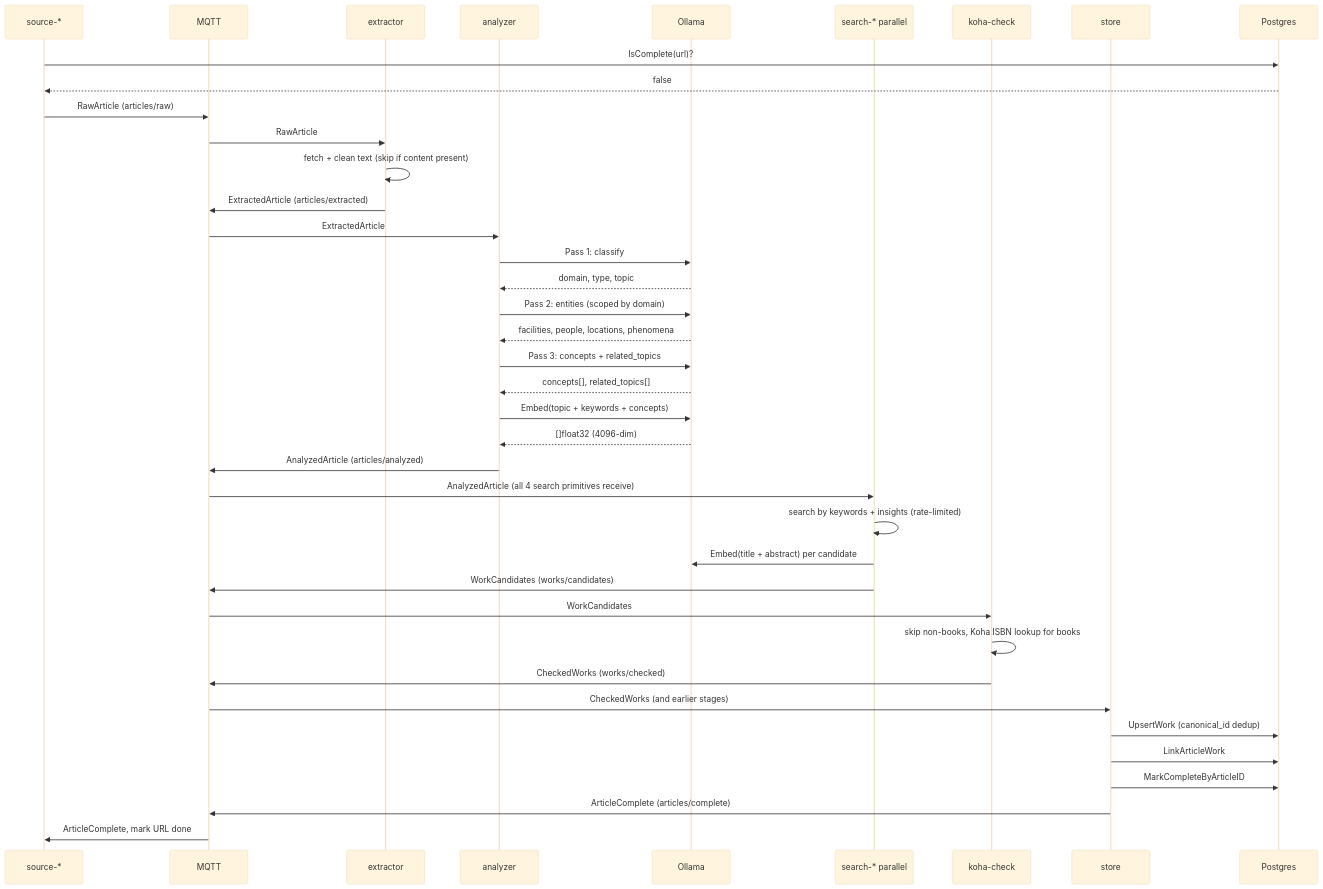
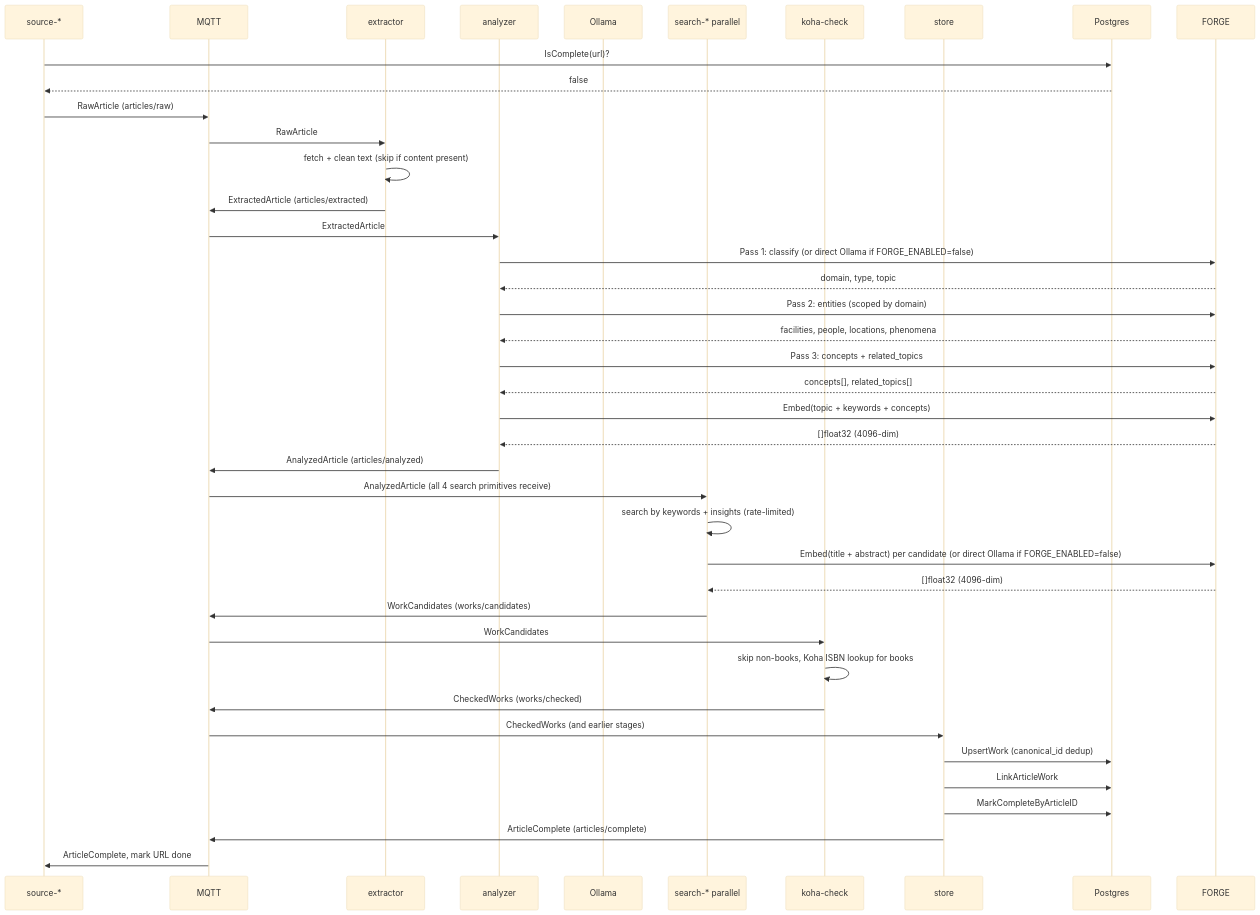
Before and after one commit to saaga0h/minerva: the second of 4 diagrams in ARCHITECTURE.md, drawn with Mermaid (base theme). The commit also changed other lines of this file and 3 other files, not shown here.

Commit message:
fix: update documentation to reflect Forge integration and clarify Ollama usage

````diff
--- a/ARCHITECTURE.md
+++ b/ARCHITECTURE.md
@@ -121,48 +129,49 @@
 ```mermaid
 sequenceDiagram
     participant SRC as source-*
     participant MQTT
     participant EX as extractor
     participant AN as analyzer
     participant Ollama
     participant SEARCH as search-* parallel
     participant KC as koha-check
     participant ST as store
     participant DB as Postgres
 
     SRC->>DB: IsComplete(url)?
     DB-->>SRC: false
     SRC->>MQTT: RawArticle (articles/raw)
 
     MQTT->>EX: RawArticle
     EX->>EX: fetch + clean text (skip if content present)
     EX->>MQTT: ExtractedArticle (articles/extracted)
 
     MQTT->>AN: ExtractedArticle
-    AN->>Ollama: Pass 1: classify
-    Ollama-->>AN: domain, type, topic
-    AN->>Ollama: Pass 2: entities (scoped by domain)
-    Ollama-->>AN: facilities, people, locations, phenomena
-    AN->>Ollama: Pass 3: concepts + related_topics
-    Ollama-->>AN: concepts[], related_topics[]
-    AN->>Ollama: Embed(topic + keywords + concepts)
-    Ollama-->>AN: []float32 (4096-dim)
+    AN->>FORGE: Pass 1: classify (or direct Ollama if FORGE_ENABLED=false)
+    FORGE-->>AN: domain, type, topic
+    AN->>FORGE: Pass 2: entities (scoped by domain)
+    FORGE-->>AN: facilities, people, locations, phenomena
+    AN->>FORGE: Pass 3: concepts + related_topics
+    FORGE-->>AN: concepts[], related_topics[]
+    AN->>FORGE: Embed(topic + keywords + concepts)
+    FORGE-->>AN: []float32 (4096-dim)
     AN->>MQTT: AnalyzedArticle (articles/analyzed)
 
     MQTT->>SEARCH: AnalyzedArticle (all 4 search primitives receive)
     SEARCH->>SEARCH: search by keywords + insights (rate-limited)
-    SEARCH->>Ollama: Embed(title + abstract) per candidate
+    SEARCH->>FORGE: Embed(title + abstract) per candidate (or direct Ollama if FORGE_ENABLED=false)
+    FORGE-->>SEARCH: []float32 (4096-dim)
     SEARCH->>MQTT: WorkCandidates (works/candidates)
 
     MQTT->>KC: WorkCandidates
     KC->>KC: skip non-books, Koha ISBN lookup for books
     KC->>MQTT: CheckedWorks (works/checked)
 
     MQTT->>ST: CheckedWorks (and earlier stages)
     ST->>DB: UpsertWork (canonical_id dedup)
     ST->>DB: LinkArticleWork
     ST->>DB: MarkCompleteByArticleID
     ST->>MQTT: ArticleComplete (articles/complete)
 
     MQTT->>SRC: ArticleComplete, mark URL done
 ```
````
